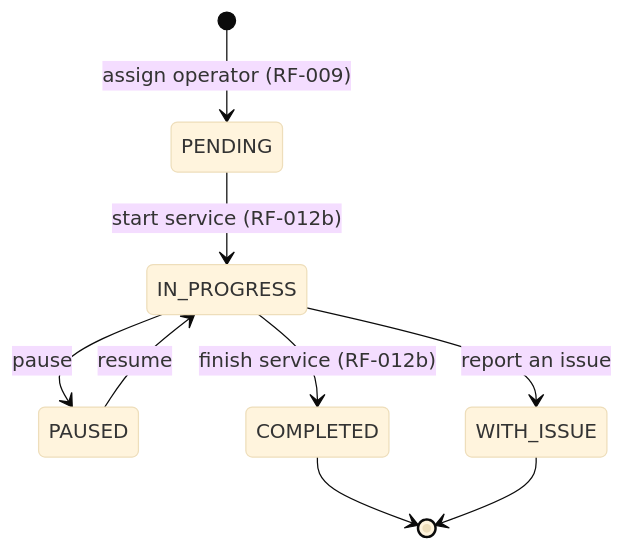
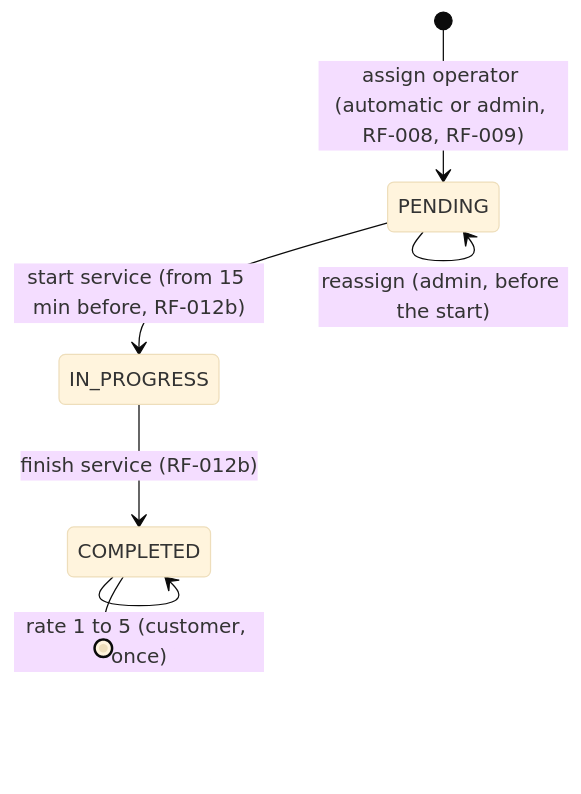
Before and after one commit to BrayanCABRERA123/lavarapido-docs: diagram 23 of 26 in 02_DOCUMENTACION_DE_ANALISIS_DEL_SOFTWARE/EN/MD/software-analysis-documentation.md, drawn with Mermaid (base theme). The commit also changed other lines of this file and 7 other files, not shown here.

Commit message:
docs(analysis): correct sequences and states against the code and redraw the diagrams (2.3)

````diff
--- a/02_DOCUMENTACION_DE_ANALISIS_DEL_SOFTWARE/EN/MD/software-analysis-documentation.md
+++ b/02_DOCUMENTACION_DE_ANALISIS_DEL_SOFTWARE/EN/MD/software-analysis-documentation.md
@@ -841,11 +855,9 @@
 ```mermaid
 stateDiagram-v2
-    [*] --> PENDING : assign operator (RF-009)
-    PENDING --> IN_PROGRESS : start service (RF-012b)
-    IN_PROGRESS --> PAUSED : pause
-    PAUSED --> IN_PROGRESS : resume
+    [*] --> PENDING : assign operator (automatic or admin, RF-008, RF-009)
+    PENDING --> PENDING : reassign (admin, before the start)
+    PENDING --> IN_PROGRESS : start service (from 15 min before, RF-012b)
     IN_PROGRESS --> COMPLETED : finish service (RF-012b)
-    IN_PROGRESS --> WITH_ISSUE : report an issue
+    COMPLETED --> COMPLETED : rate 1 to 5 (customer, once)
     COMPLETED --> [*]
-    WITH_ISSUE --> [*]
 ```
````
